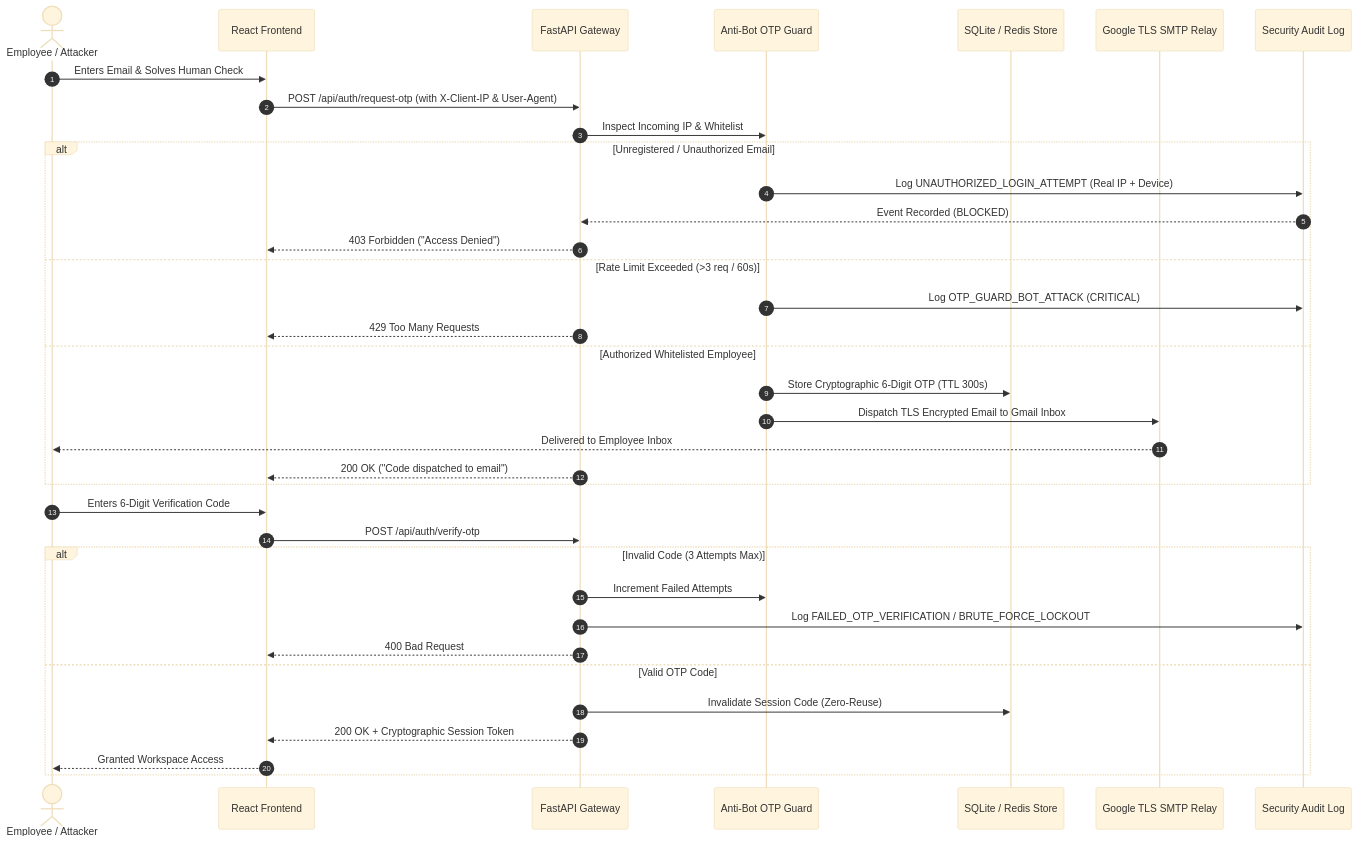
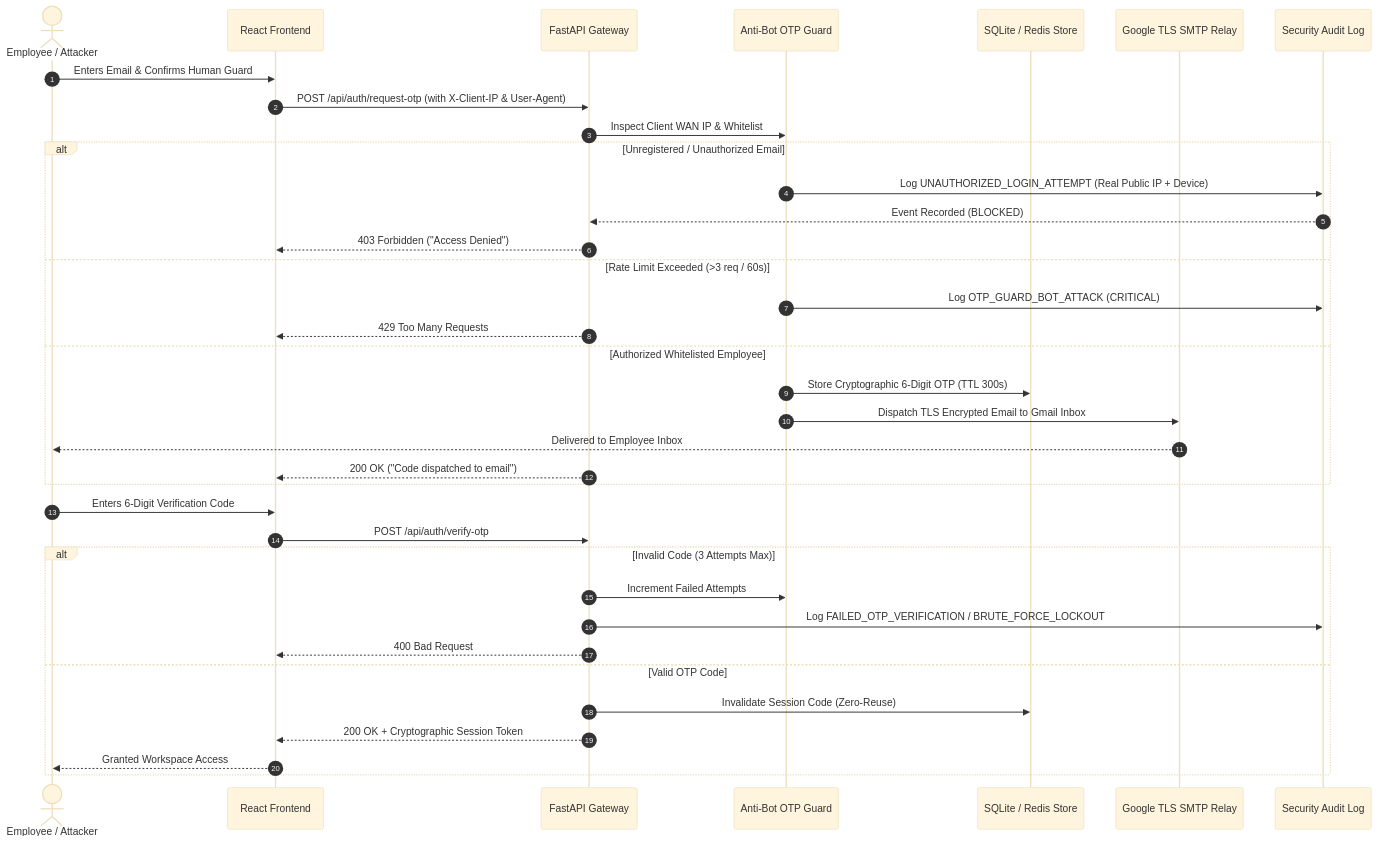
The second of 3 diagrams in README.md (Sifatkhan-1915020/CGO-V1.0), drawn with Mermaid (base theme) before and after one commit. The commit also changed other lines of this file and 7 other files, not shown here.

````diff
--- a/README.md
+++ b/README.md
@@ -94,41 +122,41 @@
 ```mermaid
 sequenceDiagram
     autonumber
     actor Employee as Employee / Attacker
     participant Client as React Frontend
     participant Server as FastAPI Gateway
     participant Guard as Anti-Bot OTP Guard
     participant DB as SQLite / Redis Store
     participant SMTP as Google TLS SMTP Relay
     participant Audit as Security Audit Log
 
-    Employee->>Client: Enters Email & Solves Human Check
+    Employee->>Client: Enters Email & Confirms Human Guard
     Client->>Server: POST /api/auth/request-otp (with X-Client-IP & User-Agent)
-    Server->>Guard: Inspect Incoming IP & Whitelist
+    Server->>Guard: Inspect Client WAN IP & Whitelist
     
     alt Unregistered / Unauthorized Email
-        Guard->>Audit: Log UNAUTHORIZED_LOGIN_ATTEMPT (Real IP + Device)
+        Guard->>Audit: Log UNAUTHORIZED_LOGIN_ATTEMPT (Real Public IP + Device)
         Audit-->>Server: Event Recorded (BLOCKED)
         Server-->>Client: 403 Forbidden ("Access Denied")
     else Rate Limit Exceeded (>3 req / 60s)
         Guard->>Audit: Log OTP_GUARD_BOT_ATTACK (CRITICAL)
         Server-->>Client: 429 Too Many Requests
     else Authorized Whitelisted Employee
         Guard->>DB: Store Cryptographic 6-Digit OTP (TTL 300s)
         Guard->>SMTP: Dispatch TLS Encrypted Email to Gmail Inbox
         SMTP-->>Employee: Delivered to Employee Inbox
         Server-->>Client: 200 OK ("Code dispatched to email")
     end
 
     Employee->>Client: Enters 6-Digit Verification Code
     Client->>Server: POST /api/auth/verify-otp
     alt Invalid Code (3 Attempts Max)
         Server->>Guard: Increment Failed Attempts
         Server->>Audit: Log FAILED_OTP_VERIFICATION / BRUTE_FORCE_LOCKOUT
         Server-->>Client: 400 Bad Request
     else Valid OTP Code
         Server->>DB: Invalidate Session Code (Zero-Reuse)
         Server-->>Client: 200 OK + Cryptographic Session Token
         Client-->>Employee: Granted Workspace Access
     end
 ```
````
